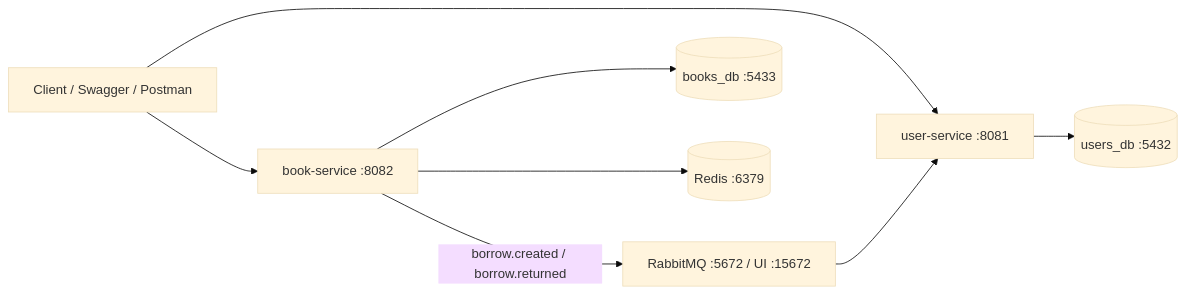
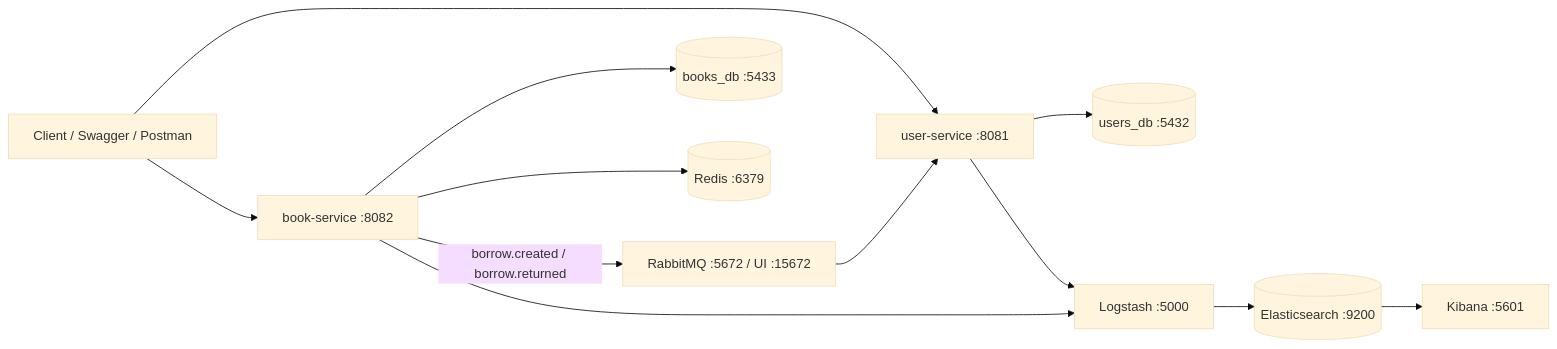
One commit to NargizSoltanova/library-hub-microservice changed the diagram in README.md. Above: the diagram before and after it, drawn with Mermaid (base theme). The commit also changed other lines of this file and 9 other files, not shown here.

````diff
--- a/README.md
+++ b/README.md
@@ -7,18 +7,22 @@
 ```mermaid
 flowchart LR
     Client["Client / Swagger / Postman"]
     UserService["user-service :8081"]
     BookService["book-service :8082"]
     UsersDb[("users_db :5432")]
     BooksDb[("books_db :5433")]
     Rabbit["RabbitMQ :5672 / UI :15672"]
     Redis[("Redis :6379")]
 
     Client --> UserService
     Client --> BookService
     UserService --> UsersDb
     BookService --> BooksDb
     BookService --> Redis
     BookService -->|"borrow.created / borrow.returned"| Rabbit
     Rabbit --> UserService
+    UserService --> Logstash["Logstash :5000"]
+    BookService --> Logstash
+    Logstash --> Elasticsearch[("Elasticsearch :9200")]
+    Elasticsearch --> Kibana["Kibana :5601"]
 ```
````
